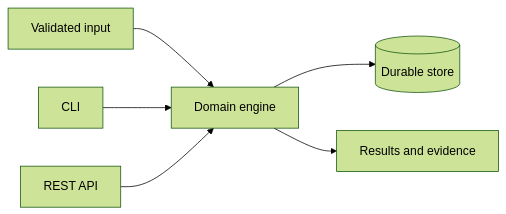
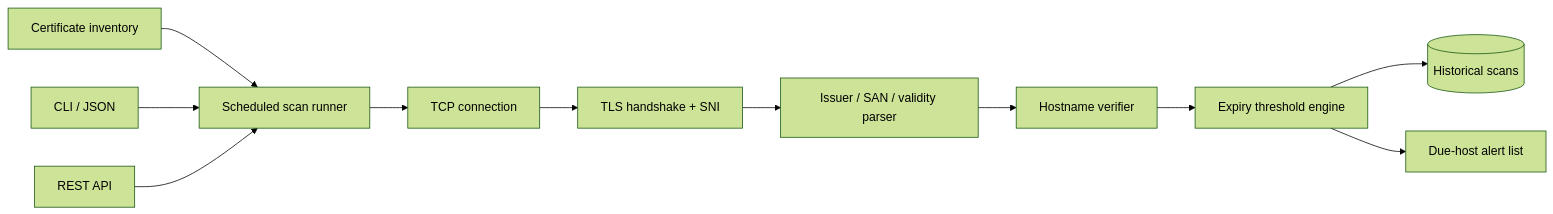
One commit to munashekwarai/certguardian changed the diagram in README.md. Above: the diagram before and after it, drawn with Mermaid (forest theme). The commit also changed 1 other file, not shown here.

Commit message:
docs: map certificate scan and expiry decision flow

````diff
--- a/README.md
+++ b/README.md
@@ -21,8 +21,13 @@
 ```mermaid
 flowchart LR
-  Input[Validated input] --> Core[Domain engine]
-  Core --> Store[(Durable store)]
-  CLI[CLI] --> Core
-  API[REST API] --> Core
-  Core --> Evidence[Results and evidence]
+  Targets[Certificate inventory] --> Runner[Scheduled scan runner]
+  Runner --> Socket[TCP connection]
+  Socket --> Handshake[TLS handshake + SNI]
+  Handshake --> Parser[Issuer / SAN / validity parser]
+  Parser --> Hostname[Hostname verifier]
+  Hostname --> Thresholds[Expiry threshold engine]
+  Thresholds --> Scans[(Historical scans)]
+  Thresholds --> Due[Due-host alert list]
+  CLI[CLI / JSON] --> Runner
+  API[REST API] --> Runner
 ```
````
